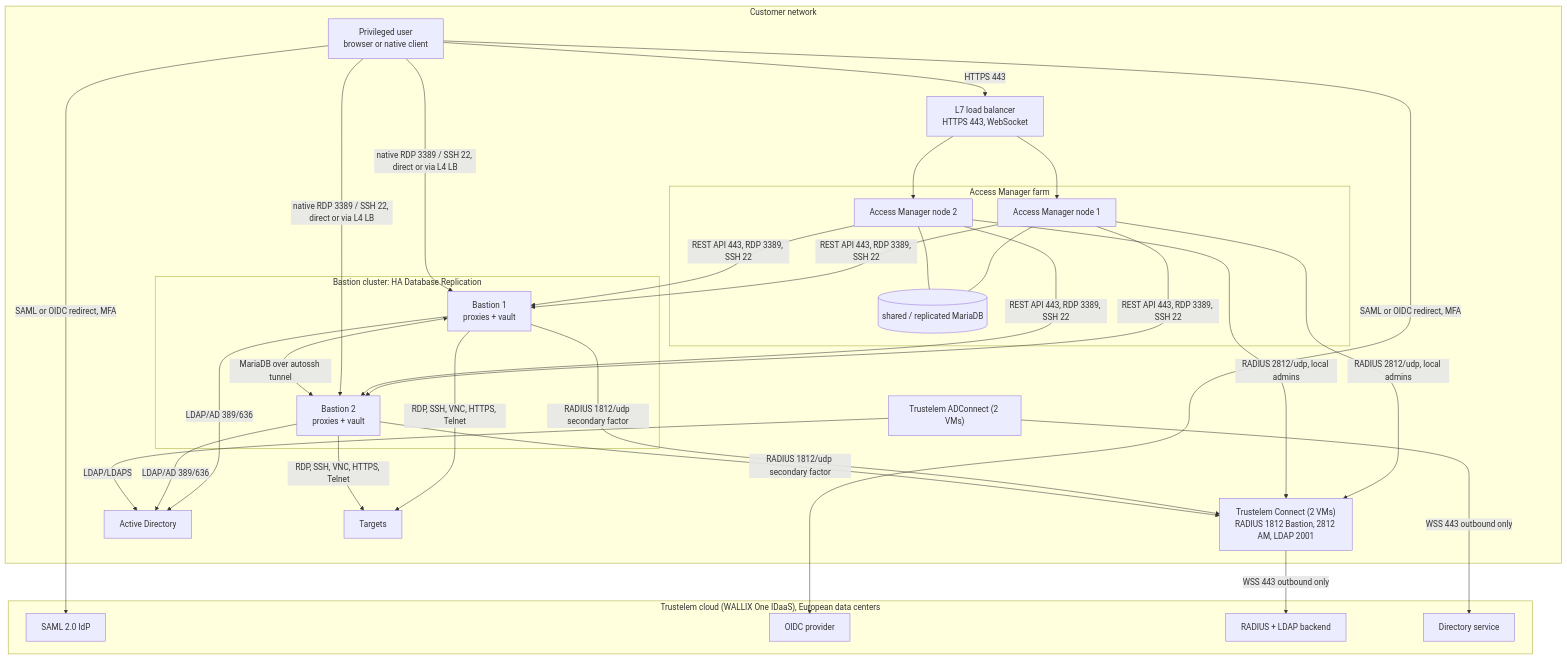
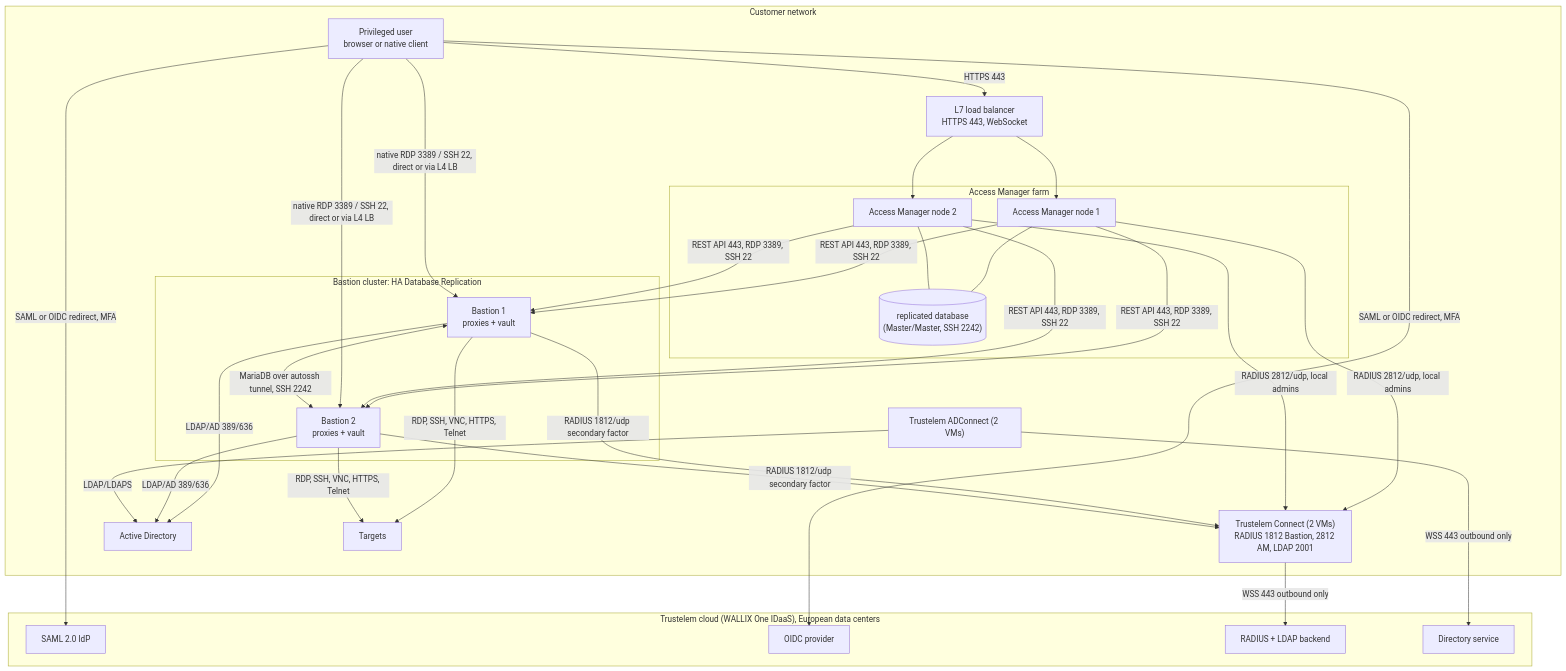
One commit to morandeirachema/Trustelem- changed the diagram in docs/reference/vendor-meeting-script.md. Above: the diagram before and after it, drawn with Mermaid. The commit also changed other lines of this file and 22 other files, not shown here.

````diff
--- a/docs/reference/vendor-meeting-script.md
+++ b/docs/reference/vendor-meeting-script.md
@@ -26,41 +28,41 @@
 ```mermaid
 flowchart TB
     subgraph CLOUD["Trustelem cloud (WALLIX One IDaaS), European data centers"]
         SAML["SAML 2.0 IdP"]
         OIDC["OIDC provider"]
         RAD["RADIUS + LDAP backend"]
         DIR["Directory service"]
     end
     subgraph ONPREM["Customer network"]
         USER["Privileged user<br/>browser or native client"]
         LB["L7 load balancer<br/>HTTPS 443, WebSocket"]
         subgraph AMC["Access Manager farm"]
             AM1["Access Manager node 1"]
             AM2["Access Manager node 2"]
-            DB[("shared / replicated MariaDB")]
+            DB[("replicated database<br/>(Master/Master, SSH 2242)")]
         end
         subgraph BC["Bastion cluster: HA Database Replication"]
             B1["Bastion 1<br/>proxies + vault"]
             B2["Bastion 2<br/>proxies + vault"]
         end
         CONNECT["Trustelem Connect (2 VMs)<br/>RADIUS 1812 Bastion, 2812 AM, LDAP 2001"]
         ADC["Trustelem ADConnect (2 VMs)"]
         AD["Active Directory"]
         TGT["Targets"]
     end
     USER -->|HTTPS 443| LB
     USER -->|SAML or OIDC redirect, MFA| SAML & OIDC
     LB --> AM1 & AM2
     AM1 --- DB
     AM2 --- DB
     AM1 & AM2 -->|REST API 443, RDP 3389, SSH 22| B1 & B2
     USER -->|native RDP 3389 / SSH 22, direct or via L4 LB| B1 & B2
     AM1 & AM2 -->|RADIUS 2812/udp, local admins| CONNECT
-    B1 <-->|MariaDB over autossh tunnel| B2
+    B1 <-->|MariaDB over autossh tunnel, SSH 2242| B2
     B1 & B2 -->|RADIUS 1812/udp secondary factor| CONNECT
     B1 & B2 -->|LDAP/AD 389/636| AD
     CONNECT -->|WSS 443 outbound only| RAD
     ADC -->|LDAP/LDAPS| AD
     ADC -->|WSS 443 outbound only| DIR
     B1 & B2 -->|RDP, SSH, VNC, HTTPS, Telnet| TGT
 ```
````
